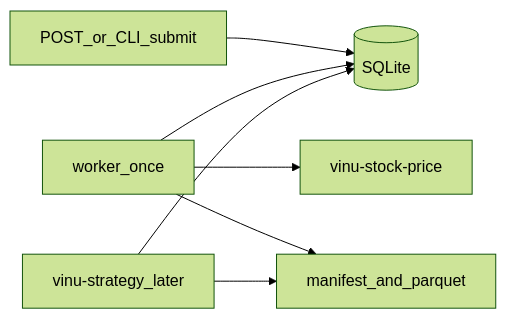
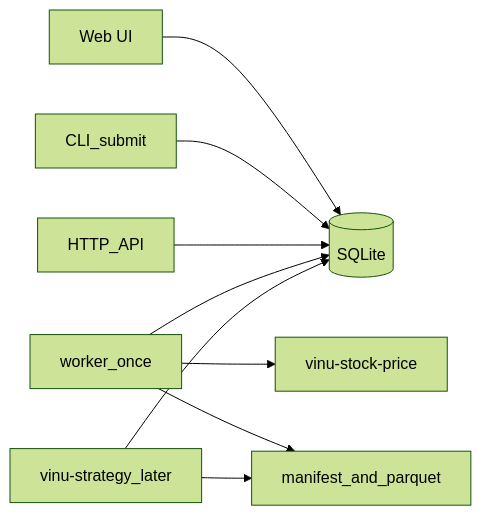
The diagram in vinu-features/docs/book/ARCHITECTURE.md (vinayakas1997/my-trading-work-3), drawn with Mermaid (forest theme) before and after one commit. The commit also changed other lines of this file and 109 other files, not shown here.

````diff
--- a/vinu-features/docs/book/ARCHITECTURE.md
+++ b/vinu-features/docs/book/ARCHITECTURE.md
@@ -22,9 +22,11 @@
 ```mermaid
 flowchart LR
-  Submit[POST_or_CLI_submit] --> Registry[(SQLite)]
+  WebUI[Web UI] --> Registry[(SQLite)]
+  CLI[CLI_submit] --> Registry
+  API[HTTP_API] --> Registry
   Worker[worker_once] --> Registry
   Worker --> Stock[vinu-stock-price]
   Worker --> Parquet[manifest_and_parquet]
   Strategy[vinu-strategy_later] --> Registry
   Strategy --> Parquet
 ```
````
